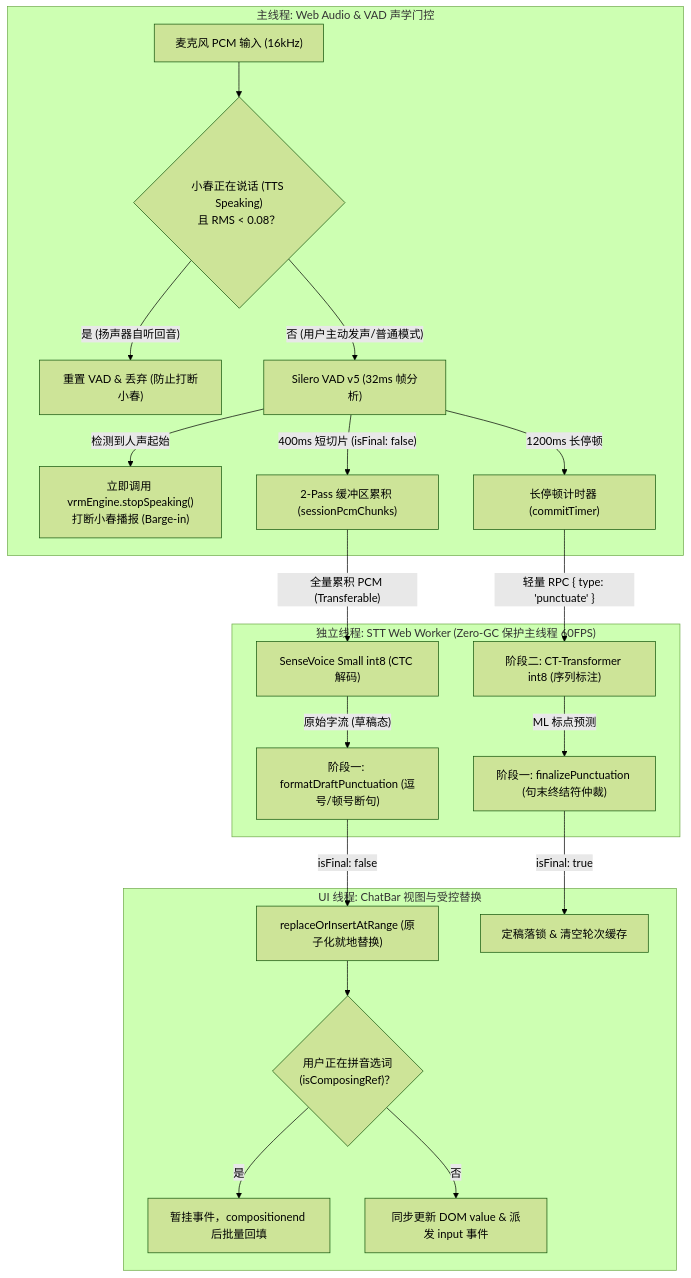
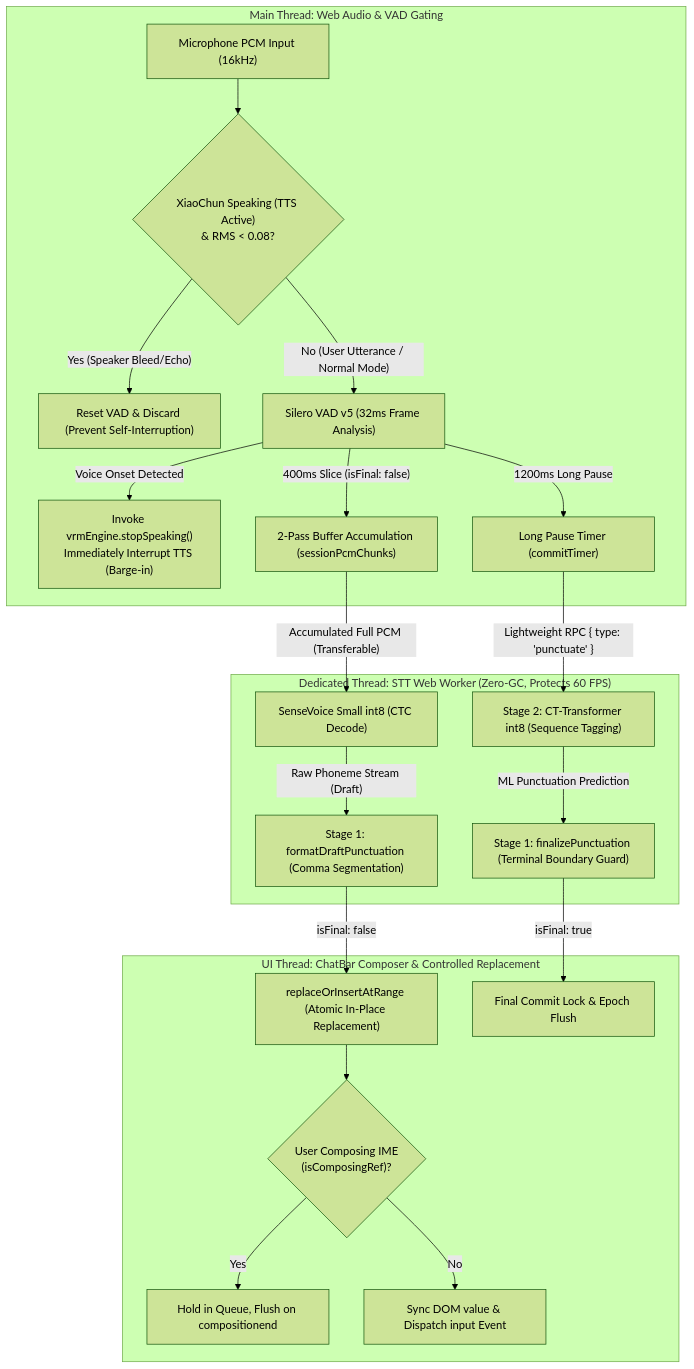
Before and after one commit to FireTable/project-xiaochun: the diagram in docs/STT.md, drawn with Mermaid (forest theme). The commit also changed other lines of this file and 7 other files, not shown here.

First line of the commit message:
perf(stt): optimize Silero VAD silence gating and align documentation with English standards

````diff
--- a/docs/STT.md
+++ b/docs/STT.md
@@ -18,28 +18,28 @@
 ```mermaid
 flowchart TD
-    subgraph AudioEngine["主线程: Web Audio & VAD 声学门控"]
-        Mic["麦克风 PCM 输入 (16kHz)"] --> BleedGate{"小春正在说话 (TTS Speaking)<br/>且 RMS < 0.08？"}
-        BleedGate -- "是 (扬声器自听回音)" --> Discard["重置 VAD & 丢弃 (防止打断小春)"]
-        BleedGate -- "否 (用户主动发声/普通模式)" --> Silero["Silero VAD v5 (32ms 帧分析)"]
-        Silero -- "检测到人声起始" --> BargeIn["立即调用 vrmEngine.stopSpeaking()<br/>打断小春播报 (Barge-in)"]
-        Silero -- "400ms 短切片 (isFinal: false)" --> PcmAcc["2-Pass 缓冲区累积 (sessionPcmChunks)"]
-        Silero -- "1200ms 长停顿" --> CommitTimer["长停顿计时器 (commitTimer)"]
+    subgraph AudioEngine["Main Thread: Web Audio & VAD Gating"]
+        Mic["Microphone PCM Input (16kHz)"] --> BleedGate{"XiaoChun Speaking (TTS Active)<br/>& RMS < 0.08?"}
+        BleedGate -- "Yes (Speaker Bleed/Echo)" --> Discard["Reset VAD & Discard (Prevent Self-Interruption)"]
+        BleedGate -- "No (User Utterance / Normal Mode)" --> Silero["Silero VAD v5 (32ms Frame Analysis)"]
+        Silero -- "Voice Onset Detected" --> BargeIn["Invoke vrmEngine.stopSpeaking()<br/>Immediately Interrupt TTS (Barge-in)"]
+        Silero -- "400ms Slice (isFinal: false)" --> PcmAcc["2-Pass Buffer Accumulation (sessionPcmChunks)"]
+        Silero -- "1200ms Long Pause" --> CommitTimer["Long Pause Timer (commitTimer)"]
     end
 
-    subgraph WorkerThread["独立线程: STT Web Worker (Zero-GC 保护主线程 60FPS)"]
-        PcmAcc -- "全量累积 PCM (Transferable)" --> SenseVoice["SenseVoice Small int8 (CTC 解码)"]
-        SenseVoice -- "原始字流 (草稿态)" --> Stage1Draft["阶段一: formatDraftPunctuation (逗号/顿号断句)"]
+    subgraph WorkerThread["Dedicated Thread: STT Web Worker (Zero-GC, Protects 60 FPS)"]
+        PcmAcc -- "Accumulated Full PCM (Transferable)" --> SenseVoice["SenseVoice Small int8 (CTC Decode)"]
+        SenseVoice -- "Raw Phoneme Stream (Draft)" --> Stage1Draft["Stage 1: formatDraftPunctuation (Comma Segmentation)"]
         
-        CommitTimer -- "轻量 RPC { type: 'punctuate' }" --> CTTransformer["阶段二: CT-Transformer int8 (序列标注)"]
-        CTTransformer -- "ML 标点预测" --> Stage1Final["阶段一: finalizePunctuation (句末终结符仲裁)"]
+        CommitTimer -- "Lightweight RPC { type: 'punctuate' }" --> CTTransformer["Stage 2: CT-Transformer int8 (Sequence Tagging)"]
+        CTTransformer -- "ML Punctuation Prediction" --> Stage1Final["Stage 1: finalizePunctuation (Terminal Boundary Guard)"]
     end
 
-    subgraph UIThread["UI 线程: ChatBar 视图与受控替换"]
-        Stage1Draft -- "isFinal: false" --> RangeReplace["replaceOrInsertAtRange (原子化就地替换)"]
-        Stage1Final -- "isFinal: true" --> FinalCommit["定稿落锁 & 清空轮次缓存"]
-        IMEGuard{"用户正在拼音选词<br/>(isComposingRef)？"}
+    subgraph UIThread["UI Thread: ChatBar Composer & Controlled Replacement"]
+        Stage1Draft -- "isFinal: false" --> RangeReplace["replaceOrInsertAtRange (Atomic In-Place Replacement)"]
+        Stage1Final -- "isFinal: true" --> FinalCommit["Final Commit Lock & Epoch Flush"]
+        IMEGuard{"User Composing IME<br/>(isComposingRef)?"}
         RangeReplace --> IMEGuard
-        IMEGuard -- "是" --> PendingQueue["暂挂事件，compositionend 后批量回填"]
-        IMEGuard -- "否" --> UpdateDOM["同步更新 DOM value & 派发 input 事件"]
+        IMEGuard -- "Yes" --> PendingQueue["Hold in Queue, Flush on compositionend"]
+        IMEGuard -- "No" --> UpdateDOM["Sync DOM value & Dispatch input Event"]
     end
 ```
````
